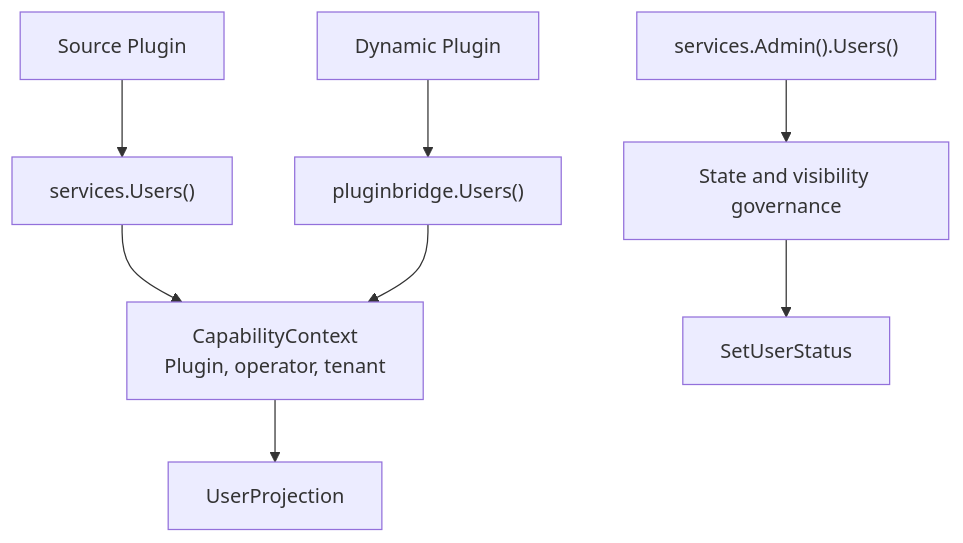
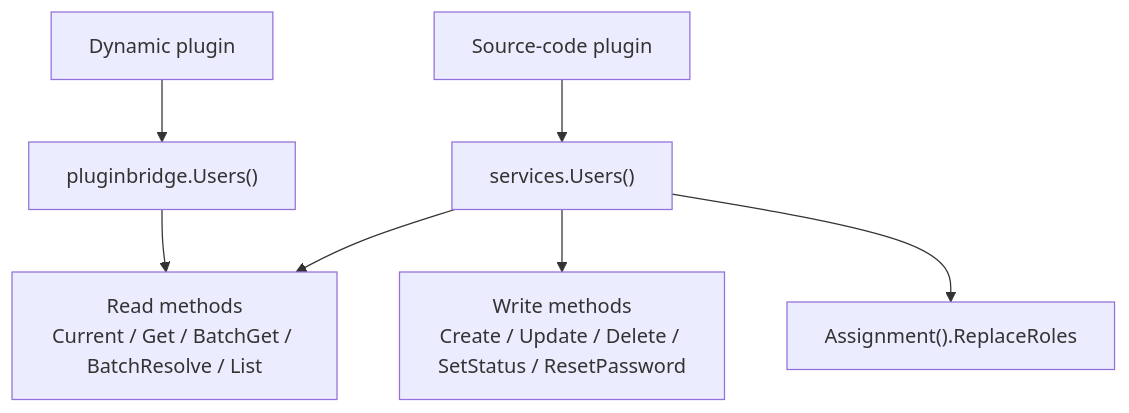
Before and after one commit to linaproai/linapro-site: the diagram in apps/lina-site/i18n/en/docusaurus-plugin-content-docs/current/docs/3000-domain-capabilities/8800-users.md, drawn with Mermaid. The commit also changed other lines of this file and 31 other files, not shown here.

First line of the commit message:
refactor: Update tenant and user capability documentation for clarity and consistency

````diff
--- a/apps/lina-site/i18n/en/docusaurus-plugin-content-docs/current/docs/3000-domain-capabilities/8800-users.md
+++ b/apps/lina-site/i18n/en/docusaurus-plugin-content-docs/current/docs/3000-domain-capabilities/8800-users.md
@@ -54,10 +52,9 @@
 ```mermaid
 graph TB
-    Plugin["Source Plugin"] --> Users["services.Users()"]
-    Users --> Scope["CapabilityContext<br/>Plugin, operator, tenant"]
-    Scope --> Projection["UserProjection"]
-    Dynamic["Dynamic Plugin"] --> GuestUsers["pluginbridge.Users()"]
-    GuestUsers --> Scope
-    Admin["services.Admin().Users()"] --> Guard["State and visibility governance"]
-    Guard --> Command["SetUserStatus"]
+    Plugin["Source-code plugin"] --> Users["services.Users()"]
+    Users --> Read["Read methods<br/>Current / Get / BatchGet / BatchResolve / List"]
+    Users --> Write["Write methods<br/>Create / Update / Delete / SetStatus / ResetPassword"]
+    Users --> Assignment["Assignment().ReplaceRoles"]
+    Dynamic["Dynamic plugin"] --> GuestUsers["pluginbridge.Users()"]
+    GuestUsers --> Read
 ```
````
